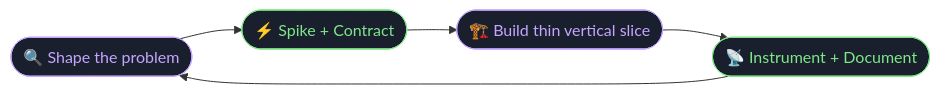
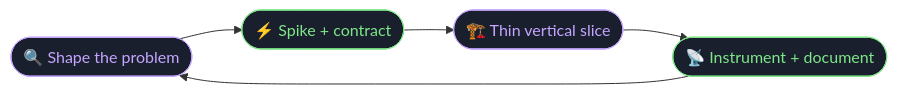
Before and after one commit to PRAJWAL-BR-0304/PRAJWAL-BR-0304: the diagram in README.md, drawn with Mermaid. The commit also changed other lines of this file and 9 other files, not shown here.

````diff
--- a/README.md
+++ b/README.md
@@ -34,12 +34,12 @@
 ```mermaid
 flowchart LR
-  A([🔍 Shape the problem]) --> B([⚡ Spike + Contract])
-  B --> C([🏗️ Build thin vertical slice])
-  C --> D([📡 Instrument + Document])
+  A([🔍 Shape the problem]) --> B([⚡ Spike + contract])
+  B --> C([🏗️ Thin vertical slice])
+  C --> D([📡 Instrument + document])
   D --> A
 
   style A fill:#1a1f2e,stroke:#c4a6ff,color:#c4a6ff
   style B fill:#1a1f2e,stroke:#7ee787,color:#7ee787
   style C fill:#1a1f2e,stroke:#c4a6ff,color:#c4a6ff
   style D fill:#1a1f2e,stroke:#7ee787,color:#7ee787
 ```
````
